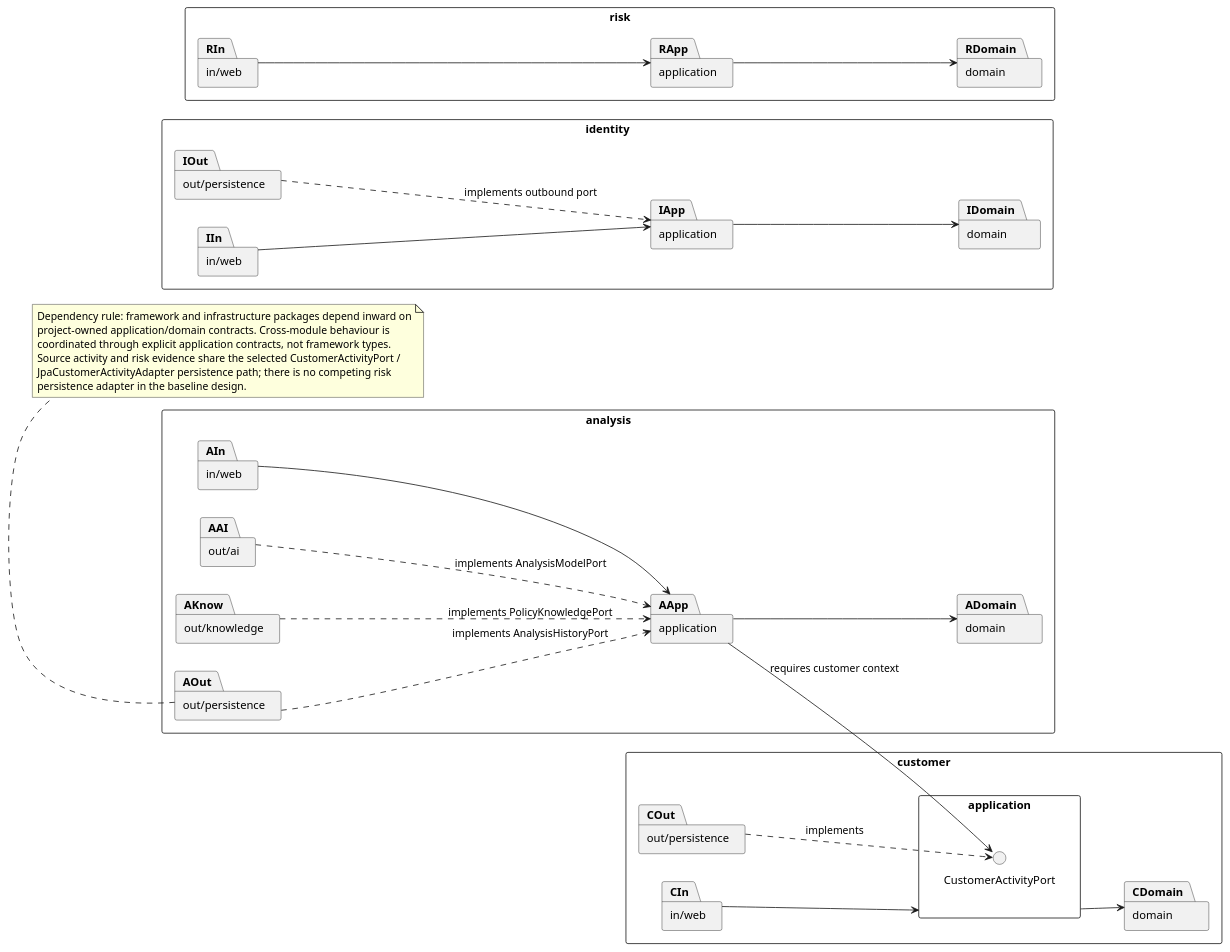
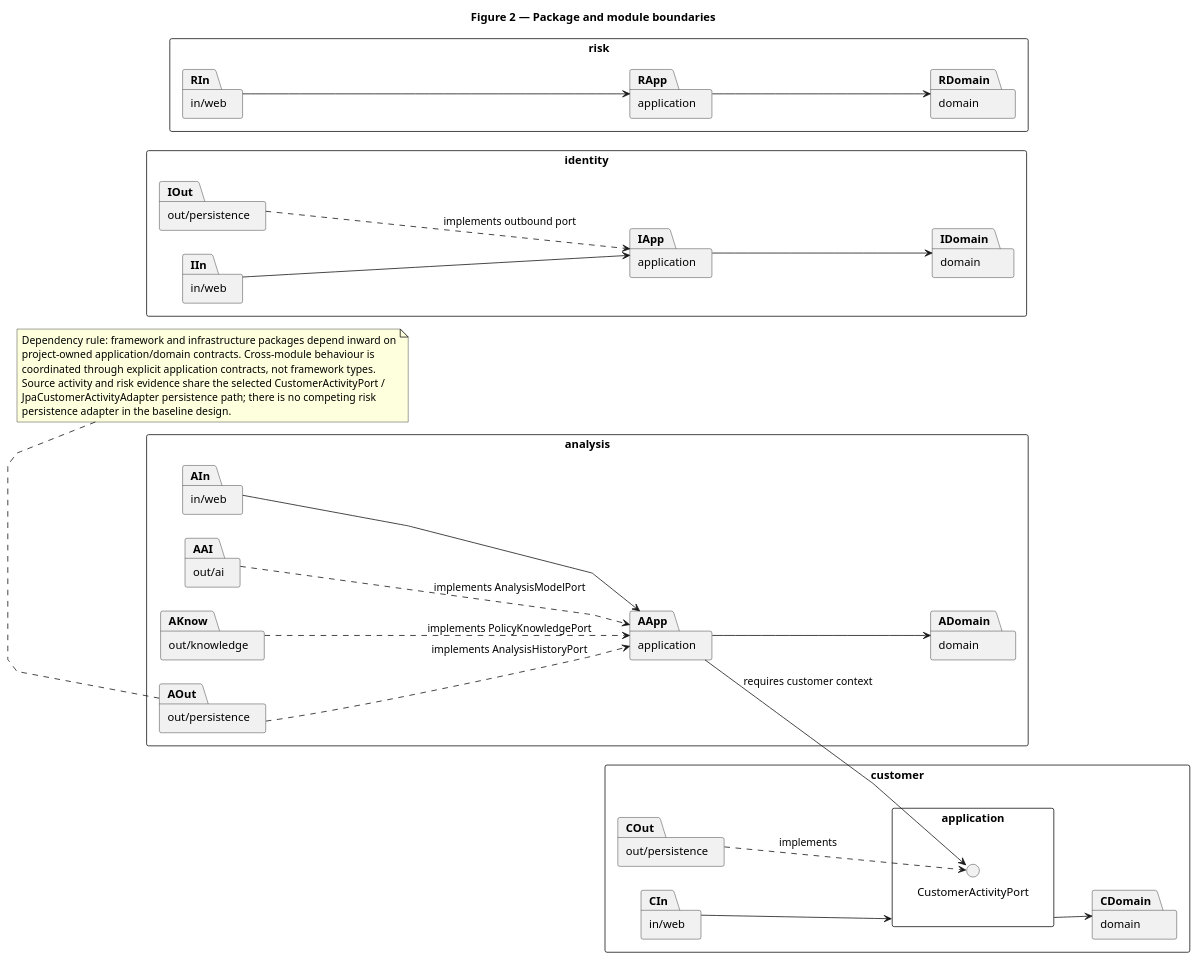
Before and after one commit to jdoe-dev-159753/specgraph-reference-app: the diagram in docs/assignment/SDD/diagrams/package-modules.puml, drawn with PlantUML.

Commit message:
docs: title package module figure

```diff
--- a/docs/assignment/SDD/diagrams/package-modules.puml
+++ b/docs/assignment/SDD/diagrams/package-modules.puml
@@ -1,59 +1,63 @@
 @startuml
+title Figure 2 — Package and module boundaries
 left to right direction
 skinparam packageStyle rectangle
+skinparam linetype polyline
+skinparam nodesep 30
+skinparam ranksep 45
 
 package "identity" as Identity {
   package "domain" as IDomain
   package "application" as IApp
   package "in/web" as IIn
   package "out/persistence" as IOut
 }
 package "customer" as Customer {
   package "domain" as CDomain
   package "application" as CApp {
     interface "CustomerActivityPort" as CustomerActivityPort
   }
   package "in/web" as CIn
   package "out/persistence" as COut
 }
 package "risk" as Risk {
   package "domain" as RDomain
   package "application" as RApp
   package "in/web" as RIn
 }
 package "analysis" as Analysis {
   package "domain" as ADomain
   package "application" as AApp
   package "in/web" as AIn
   package "out/ai" as AAI
   package "out/knowledge" as AKnow
   package "out/persistence" as AOut
 }
 
 IIn --> IApp
 IApp --> IDomain
 IOut ..> IApp : implements outbound port
 
 CIn --> CApp
 CApp --> CDomain
 COut ..> CustomerActivityPort : implements
 
 RIn --> RApp
 RApp --> RDomain
 
 AIn --> AApp
 AApp --> ADomain
 AApp --> CustomerActivityPort : requires customer context
 AAI ..> AApp : implements AnalysisModelPort
 AKnow ..> AApp : implements PolicyKnowledgePort
 AOut ..> AApp : implements AnalysisHistoryPort
 
 note bottom
   Dependency rule: framework and infrastructure packages depend inward on
   project-owned application/domain contracts. Cross-module behaviour is
   coordinated through explicit application contracts, not framework types.
   Source activity and risk evidence share the selected CustomerActivityPort /
   JpaCustomerActivityAdapter persistence path; there is no competing risk
   persistence adapter in the baseline design.
 end note
 @enduml
```
